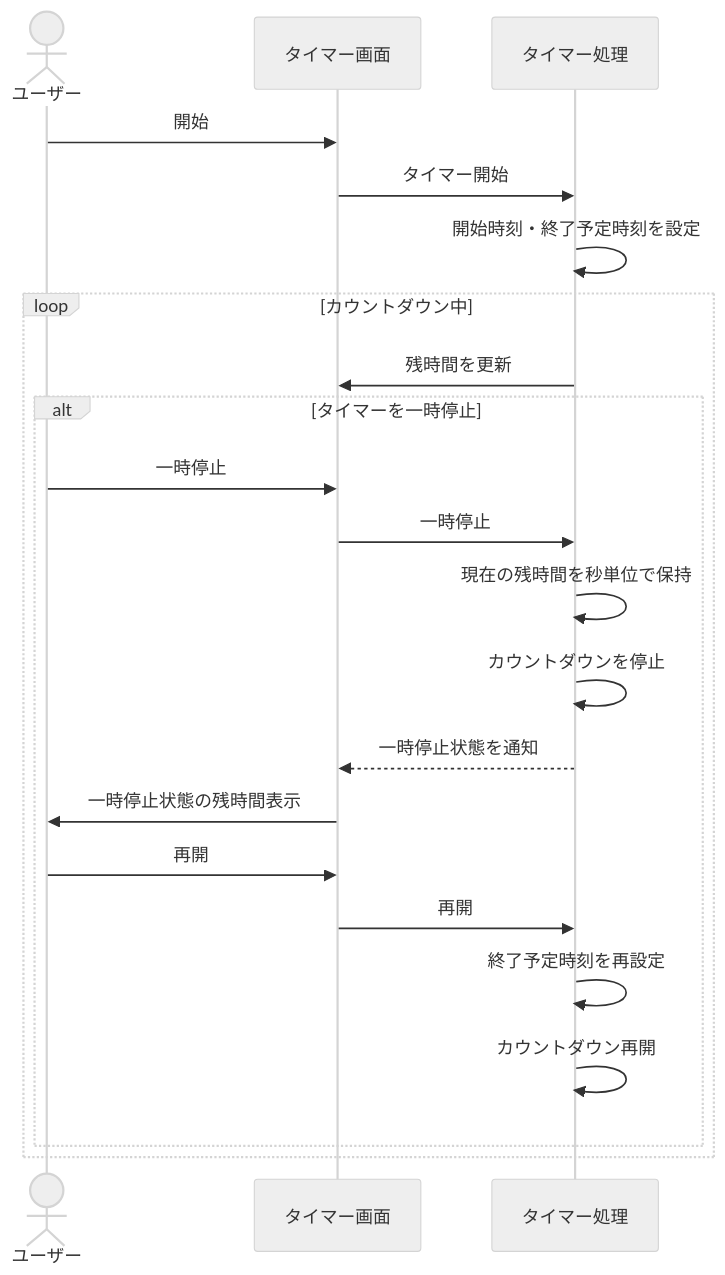
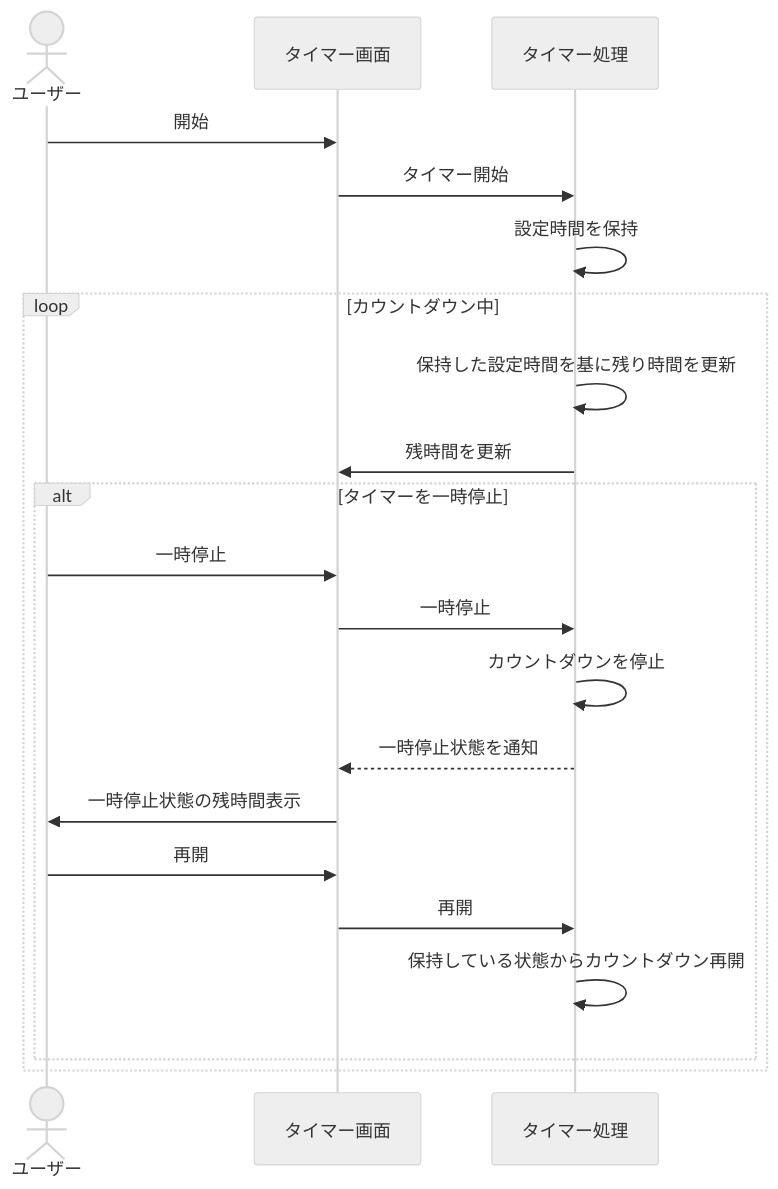
The second of 6 diagrams in document/設計/シーケンス図/タイマーシーケンス図.md (shun62201234-crypto/timerApplication), drawn with Mermaid (neutral theme) before and after one commit. The commit also changed other lines of this file, not shown here.

First line of the commit message:
タイマー側シーケンス図修正

````diff
--- a/document/設計/シーケンス図/タイマーシーケンス図.md
+++ b/document/設計/シーケンス図/タイマーシーケンス図.md
@@ -43,28 +44,27 @@
 ```mermaid
 sequenceDiagram
     actor ユーザー
     participant UI as タイマー画面
     participant Timer as タイマー処理
 
     ユーザー->>UI: 開始
     UI->>Timer: タイマー開始
-    Timer->>Timer: 開始時刻・終了予定時刻を設定
+    Timer->>Timer: 設定時間を保持
 
     loop カウントダウン中
+        Timer->>Timer: 保持した設定時間を基に残り時間を更新
         Timer->>UI: 残時間を更新
 
         alt タイマーを一時停止
             ユーザー->>UI: 一時停止
             UI->>Timer: 一時停止
-            Timer->>Timer: 現在の残時間を秒単位で保持
             Timer->>Timer: カウントダウンを停止
             Timer-->>UI: 一時停止状態を通知
             UI->>ユーザー: 一時停止状態の残時間表示
 
             ユーザー->>UI: 再開
             UI->>Timer: 再開
-            Timer->>Timer: 終了予定時刻を再設定
-            Timer->>Timer: カウントダウン再開
+            Timer->>Timer: 保持している状態からカウントダウン再開
         end
     end
 ```
````
